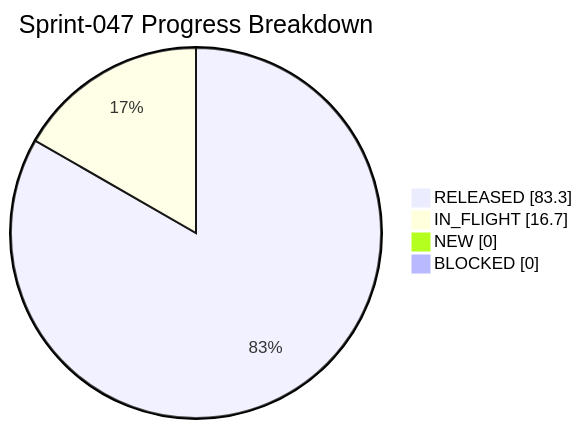
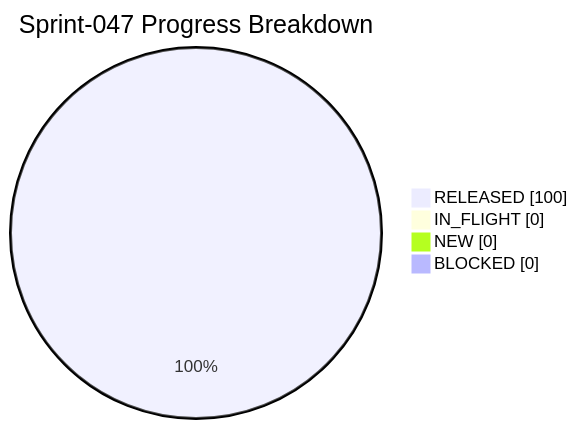
The diagram in docs/history/sprints/SPRINT-047-PROGRESS.md (famatyyk/CTOAi), drawn with Mermaid before and after one commit. The commit also changed other lines of this file and 12 other files, not shown here.

````diff
--- a/docs/history/sprints/SPRINT-047-PROGRESS.md
+++ b/docs/history/sprints/SPRINT-047-PROGRESS.md
@@ -8,8 +8,8 @@
 ```mermaid
 pie showData
     title Sprint-047 Progress Breakdown
-    "RELEASED" : 83.3
-    "IN_FLIGHT" : 16.7
+    "RELEASED" : 100.0
+    "IN_FLIGHT" : 0.0
     "NEW" : 0.0
     "BLOCKED" : 0.0
 ```
````
